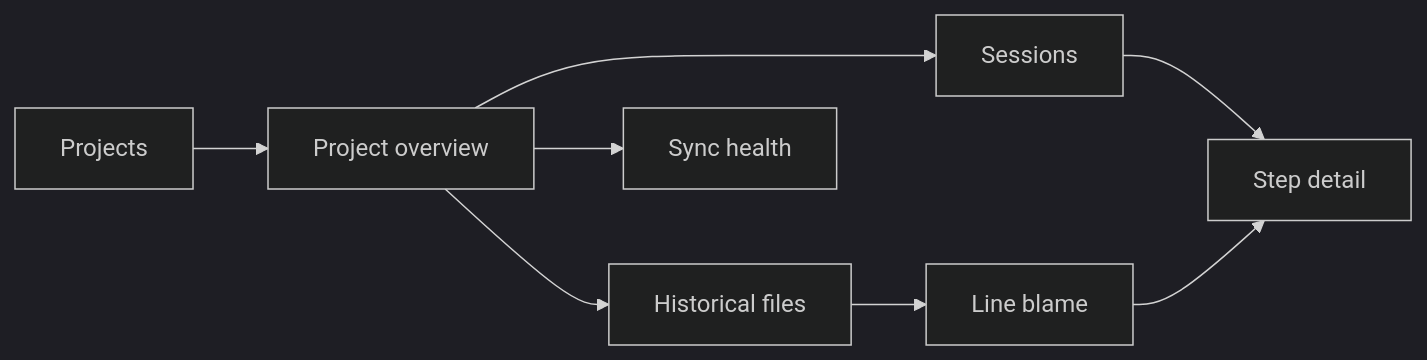
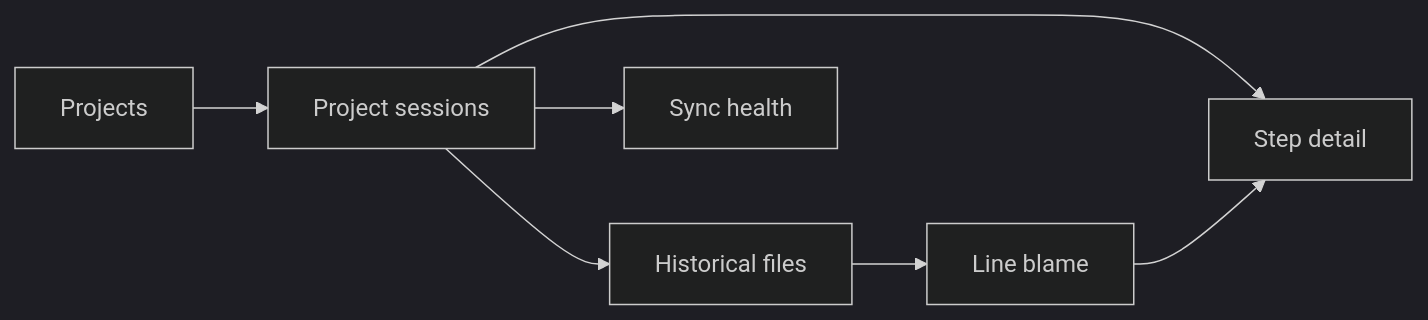
One commit to bonez-io/re_gent changed the diagram in docs/ui/wireframes.md. Above: the diagram before and after it, drawn with Mermaid (dark theme). The commit also changed other lines of this file and 1 other file, not shown here.

````diff
--- a/docs/ui/wireframes.md
+++ b/docs/ui/wireframes.md
@@ -11,10 +11,9 @@
 ```mermaid
 flowchart LR
-    Projects["Projects"] --> Overview["Project overview"]
-    Overview --> Sessions["Sessions"]
+    Projects["Projects"] --> Sessions["Project sessions"]
     Sessions --> Step["Step detail"]
-    Overview --> Files["Historical files"]
+    Sessions --> Files["Historical files"]
     Files --> Blame["Line blame"]
     Blame --> Step
-    Overview --> Health["Sync health"]
+    Sessions --> Health["Sync health"]
 ```
````
